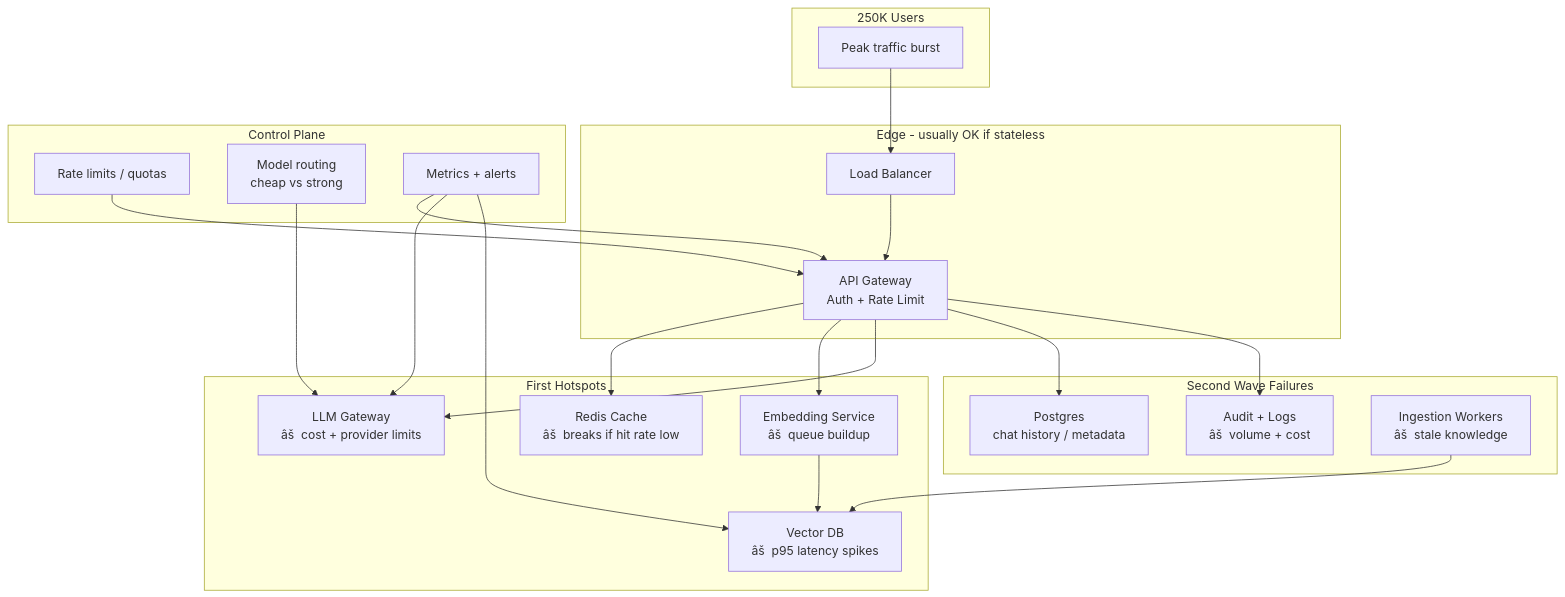
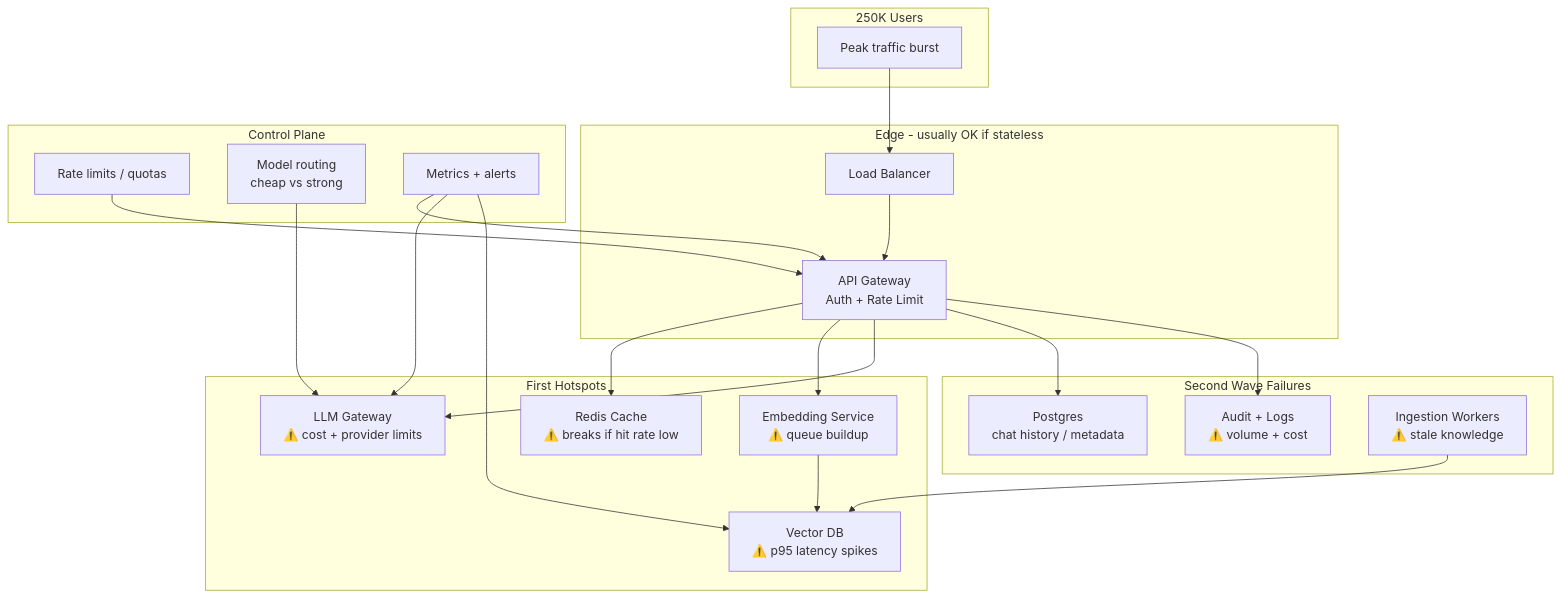
Diagram 23 of 32 in interview/QnA.md (dnyanesh-k/notes), drawn with Mermaid before and after one commit. The commit also changed other lines of this file and 1 other file, not shown here.

````diff
--- a/interview/QnA.md
+++ b/interview/QnA.md
@@ -2779,43 +2869,43 @@
 ```mermaid
 flowchart TB
     subgraph users ["250K Users"]
         U["Peak traffic burst"]
     end
 
     subgraph edge ["Edge - usually OK if stateless"]
         LB["Load Balancer"]
         GW["API Gateway\nAuth + Rate Limit"]
     end
 
     subgraph hot ["First Hotspots"]
-        REDIS["Redis Cache\nâš  breaks if hit rate low"]
-        EMB["Embedding Service\nâš  queue buildup"]
-        VDB["Vector DB\nâš  p95 latency spikes"]
-        LLM["LLM Gateway\nâš  cost + provider limits"]
+        REDIS["Redis Cache\n⚠️ breaks if hit rate low"]
+        EMB["Embedding Service\n⚠️ queue buildup"]
+        VDB["Vector DB\n⚠️ p95 latency spikes"]
+        LLM["LLM Gateway\n⚠️ cost + provider limits"]
     end
 
     subgraph warm ["Second Wave Failures"]
         PG["Postgres\nchat history / metadata"]
-        AUDIT["Audit + Logs\nâš  volume + cost"]
-        ING["Ingestion Workers\nâš  stale knowledge"]
+        AUDIT["Audit + Logs\n⚠️ volume + cost"]
+        ING["Ingestion Workers\n⚠️ stale knowledge"]
     end
 
     subgraph control ["Control Plane"]
         RL["Rate limits / quotas"]
         ROUTE["Model routing\ncheap vs strong"]
         OBS["Metrics + alerts"]
     end
 
     U --> LB --> GW
     GW --> REDIS
     GW --> EMB --> VDB
     GW --> LLM
     GW --> PG
     GW --> AUDIT
     RL --> GW
     ROUTE --> LLM
     OBS --> GW
     OBS --> LLM
     OBS --> VDB
     ING --> VDB
 ```
````
